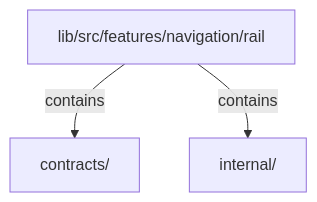
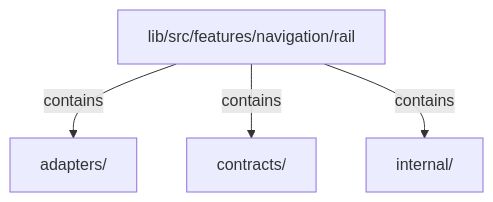
The diagram in docs/architecture/src/features/navigation/rail/README.md (MiuDog/Kallopis), drawn with Mermaid before and after one commit. The commit also changed other lines of this file and 9688 other files, not shown here.

Commit message:
Prepare isolated Flow F2 peer baseline

````diff
--- a/docs/architecture/src/features/navigation/rail/README.md
+++ b/docs/architecture/src/features/navigation/rail/README.md
@@ -21,8 +21,10 @@
 ```mermaid
 flowchart TD
 	n0["lib/src/features/navigation/rail"]
-	n1["contracts/"]
-	n2["internal/"]
+	n1["adapters/"]
+	n2["contracts/"]
+	n3["internal/"]
 	n0 -->|"contains"| n1
 	n0 -->|"contains"| n2
+	n0 -->|"contains"| n3
 ```
````
